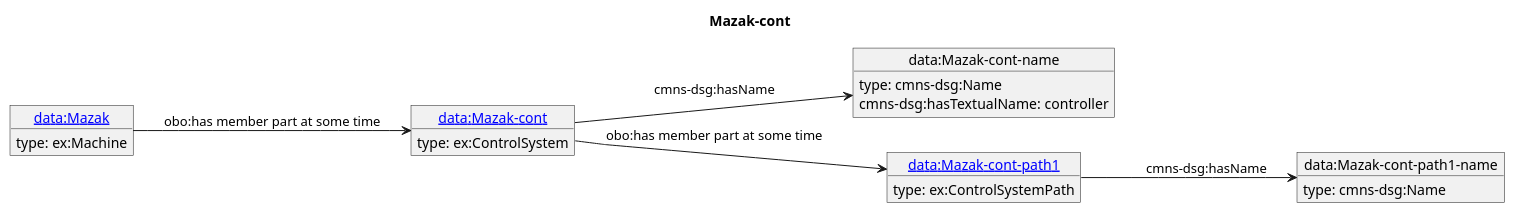
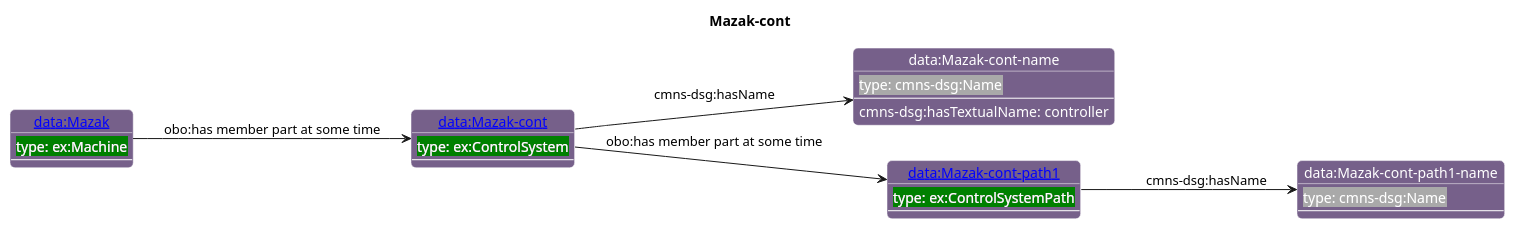
Before and after one commit to iofoundry/example-syseng-mtconnect: the diagram in diagrams/Mazak-cont.puml, drawn with PlantUML. The commit also changed 144 other files, not shown here.

```diff
--- a/diagrams/Mazak-cont.puml
+++ b/diagrams/Mazak-cont.puml
@@ -1,25 +1,47 @@
 @startuml
 skinparam linetype polyline
 left to right direction
 title Mazak-cont
-object "[[./Mazak-cont.html data:Mazak-cont]]" as o1 {
- type: ex:ControlSystem 
+
+skinparam roundCorner 10
+
+skinparam object {
+  BackgroundColor 76608A
+  fontColor White
+  BorderColor White 
+  FontName Helvetica   
 }
-object "data:Mazak-cont-name" as o2 {
- type: cmns-dsg:Name 
+
+skinparam class{
+   BackgroundColor White
+   fontColor black
+   FontStyle bold
+   FontName Helvetica
 }
-object "[[./Mazak-cont-path1.html data:Mazak-cont-path1]]" as o3 {
- type: ex:ControlSystemPath 
-}
-object "data:Mazak-cont-path1-name" as o4 {
- type: cmns-dsg:Name 
-}
-object "[[./Mazak.html data:Mazak]]" as o5 {
- type: ex:Machine 
-}
+
+object "[[./Mazak-cont.html data:Mazak-cont]]" as o1 #76608A {
+ <back:#Green>type: ex:ControlSystem</back> 
+---
+ }
+object "data:Mazak-cont-name" as o2 #76608A {
+ <back:#DarkGrey>type: cmns-dsg:Name</back> 
+---
+ }
+object "[[./Mazak-cont-path1.html data:Mazak-cont-path1]]" as o3 #76608A {
+ <back:#Green>type: ex:ControlSystemPath</back> 
+---
+ }
+object "data:Mazak-cont-path1-name" as o4 #76608A {
+ <back:#DarkGrey>type: cmns-dsg:Name</back> 
+---
+ }
+object "[[./Mazak.html data:Mazak]]" as o5 #76608A {
+ <back:#Green>type: ex:Machine</back> 
+---
+ }
 o1 --> o2 : cmns-dsg:hasName
 o2 : cmns-dsg:hasTextualName: controller
 o1 --> o3 : obo:has member part at some time
 o3 --> o4 : cmns-dsg:hasName
 o5 --> o1 : obo:has member part at some time
 @enduml
```
